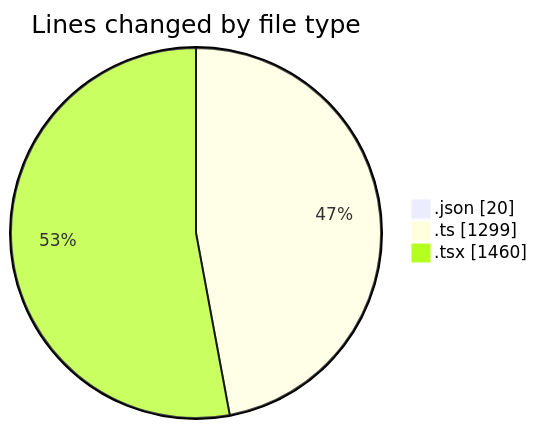
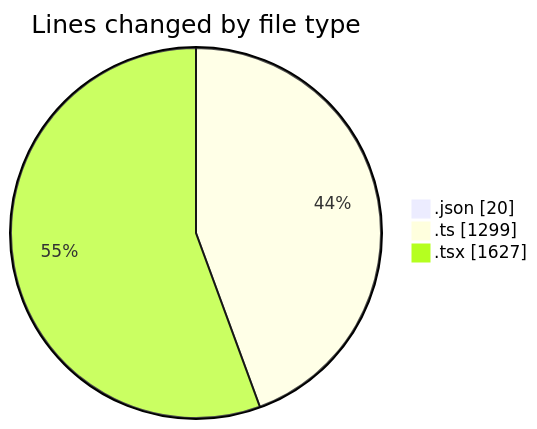
Before and after one commit to CELIANVF/code-tracking: the first of 2 diagrams in 2025-05-15/ecodeli-1/README.md, drawn with Mermaid. The commit also changed other lines of this file and 1 other file, not shown here.

````diff
--- a/2025-05-15/ecodeli-1/README.md
+++ b/2025-05-15/ecodeli-1/README.md
@@ -27,7 +28,7 @@
 ```mermaid
 pie showData
 title Lines changed by file type
 ".json" : 20
 ".ts" : 1299
-".tsx" : 1460
+".tsx" : 1627
 ```
````
